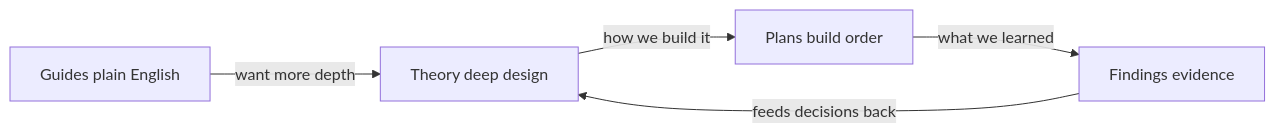
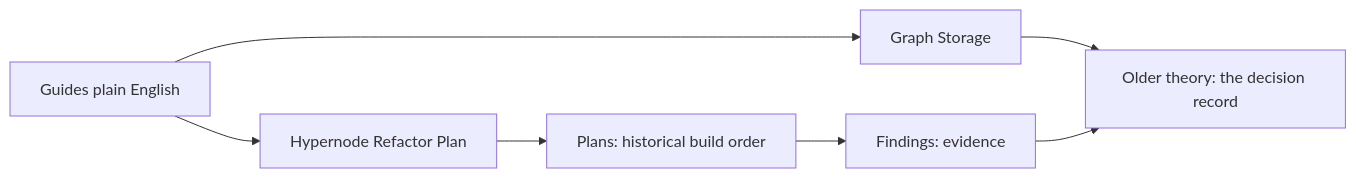
One commit to joneseysinno/JoInn changed the sixth of 6 diagrams in docs/Guides/02-how-parts-connect.md. Above: the diagram before and after it, drawn with Mermaid. The commit also changed other lines of this file and 12 other files, not shown here.

First line of the commit message:
PA: product language is hypernode, relationship, wave and app; DNA is storage

````diff
--- a/docs/Guides/02-how-parts-connect.md
+++ b/docs/Guides/02-how-parts-connect.md
@@ -160,11 +228,15 @@
 ```mermaid
 flowchart LR
   Guides[Guides plain English]
-  Theory[Theory deep design]
-  Plans[Plans build order]
-  Findings[Findings evidence]
-  Guides -->|want more depth| Theory
-  Theory -->|how we build it| Plans
-  Plans -->|what we learned| Findings
-  Findings -->|feeds decisions back| Theory
+  Storage[Graph Storage]
+  Plan[Hypernode Refactor Plan]
+  Theory[Older theory: the decision record]
+  Plans[Plans: historical build order]
+  Findings[Findings: evidence]
+  Guides --> Storage
+  Guides --> Plan
+  Storage --> Theory
+  Plan --> Plans
+  Plans --> Findings
+  Findings --> Theory
 ```
````
